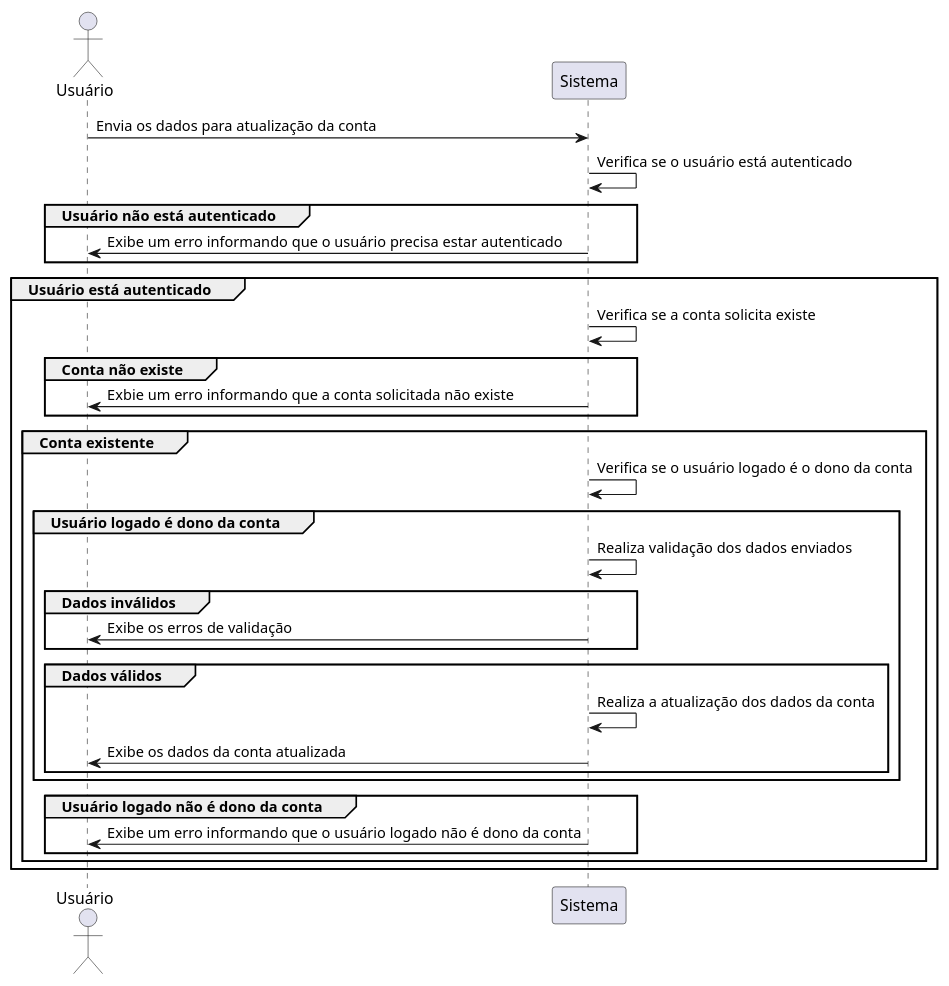
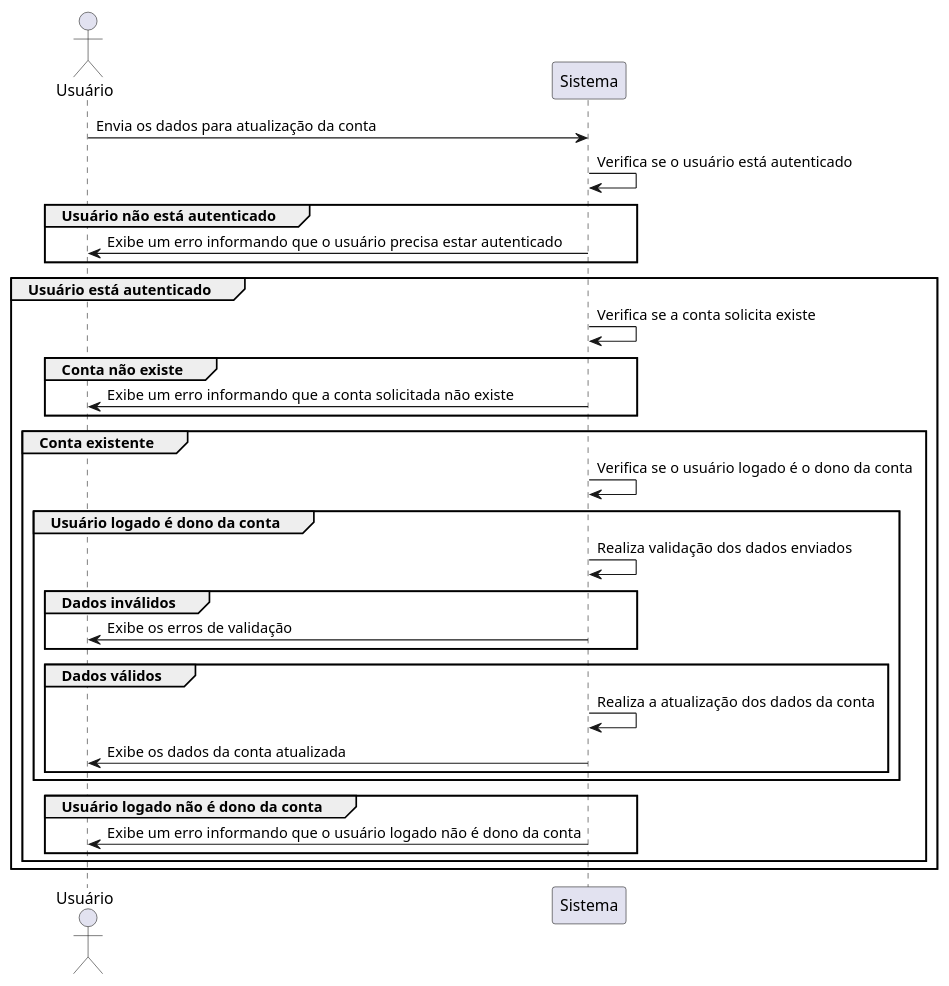
Before and after one commit to CleysonPH/desafio-gastos-pessoais: the diagram in casos-de-uso/conta/CON04.puml, drawn with PlantUML. The commit also changed 8 other files, not shown here.

```diff
--- a/casos-de-uso/conta/CON04.puml
+++ b/casos-de-uso/conta/CON04.puml
@@ -1,43 +1,43 @@
 @startuml CON04
 
 actor Usuário
 participant Sistema
 
 Usuário -> Sistema: Envia os dados para atualização da conta
 
 Sistema -> Sistema: Verifica se o usuário está autenticado
 
 group Usuário não está autenticado
   Sistema -> Usuário: Exibe um erro informando que o usuário precisa estar autenticado
 end
 
 group Usuário está autenticado
   Sistema -> Sistema: Verifica se a conta solicita existe
   group Conta não existe
-    Sistema -> Usuário: Exbie um erro informando que a conta solicitada não existe
+    Sistema -> Usuário: Exibe um erro informando que a conta solicitada não existe
   end
 
   group Conta existente
     Sistema -> Sistema: Verifica se o usuário logado é o dono da conta
 
     group Usuário logado é dono da conta
       Sistema -> Sistema: Realiza validação dos dados enviados
 
       group Dados inválidos
         Sistema -> Usuário: Exibe os erros de validação
       end
 
       group Dados válidos
         Sistema -> Sistema: Realiza a atualização dos dados da conta
 
         Sistema -> Usuário: Exibe os dados da conta atualizada
       end
     end
 
     group Usuário logado não é dono da conta
       Sistema -> Usuário: Exibe um erro informando que o usuário logado não é dono da conta
     end
   end
 end
 
 @enduml
```
